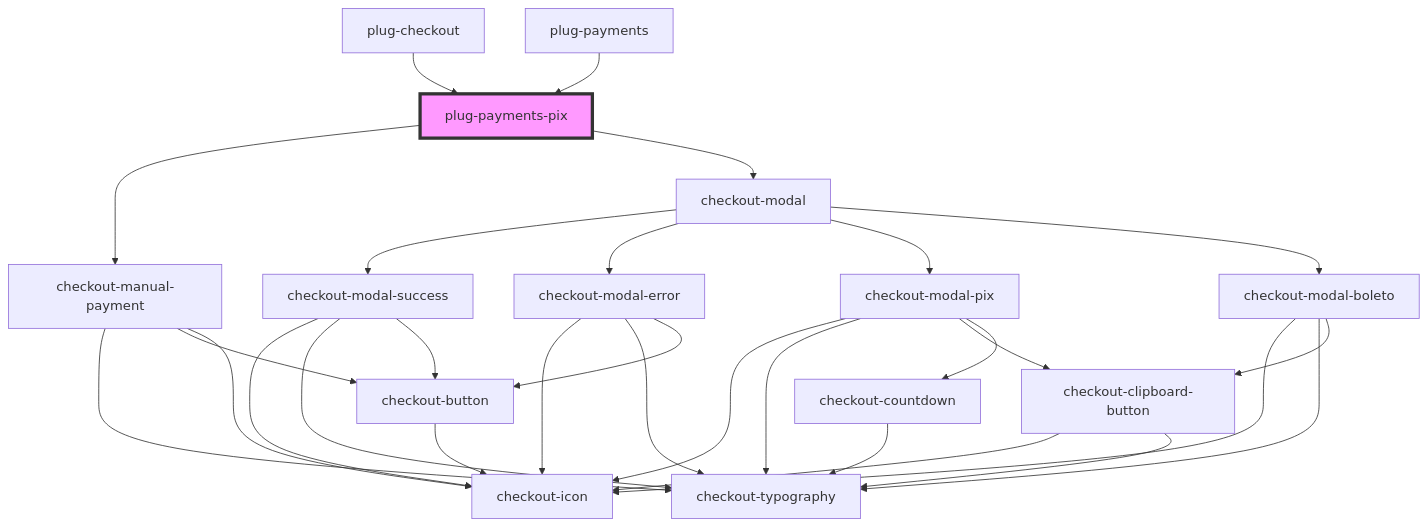
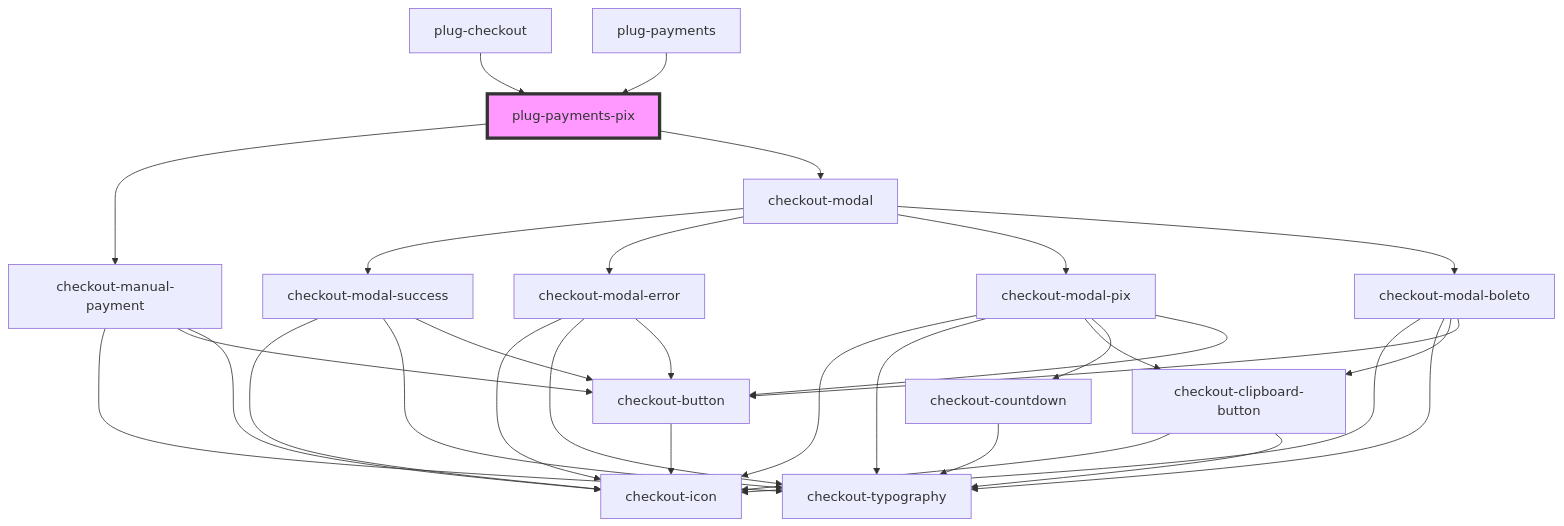
The diagram in packages/checkout/core/src/components/plug-payments-pix/readme.md (plughacker/malga-checkout), drawn with Mermaid before and after one commit. The commit also changed 51 other files, not shown here.

````diff
--- a/packages/checkout/core/src/components/plug-payments-pix/readme.md
+++ b/packages/checkout/core/src/components/plug-payments-pix/readme.md
@@ -47,32 +47,34 @@
 ```mermaid
 graph TD;
   plug-payments-pix --> checkout-manual-payment
   plug-payments-pix --> checkout-modal
   checkout-manual-payment --> checkout-typography
   checkout-manual-payment --> checkout-button
   checkout-manual-payment --> checkout-icon
   checkout-button --> checkout-icon
   checkout-modal --> checkout-modal-success
   checkout-modal --> checkout-modal-error
   checkout-modal --> checkout-modal-pix
   checkout-modal --> checkout-modal-boleto
   checkout-modal-success --> checkout-icon
   checkout-modal-success --> checkout-typography
   checkout-modal-success --> checkout-button
   checkout-modal-error --> checkout-icon
   checkout-modal-error --> checkout-typography
   checkout-modal-error --> checkout-button
   checkout-modal-pix --> checkout-icon
   checkout-modal-pix --> checkout-typography
   checkout-modal-pix --> checkout-clipboard-button
   checkout-modal-pix --> checkout-countdown
+  checkout-modal-pix --> checkout-button
   checkout-clipboard-button --> checkout-icon
   checkout-clipboard-button --> checkout-typography
   checkout-countdown --> checkout-typography
   checkout-modal-boleto --> checkout-icon
   checkout-modal-boleto --> checkout-typography
   checkout-modal-boleto --> checkout-clipboard-button
+  checkout-modal-boleto --> checkout-button
   plug-checkout --> plug-payments-pix
   plug-payments --> plug-payments-pix
   style plug-payments-pix fill:#f9f,stroke:#333,stroke-width:4px
 ```
````
